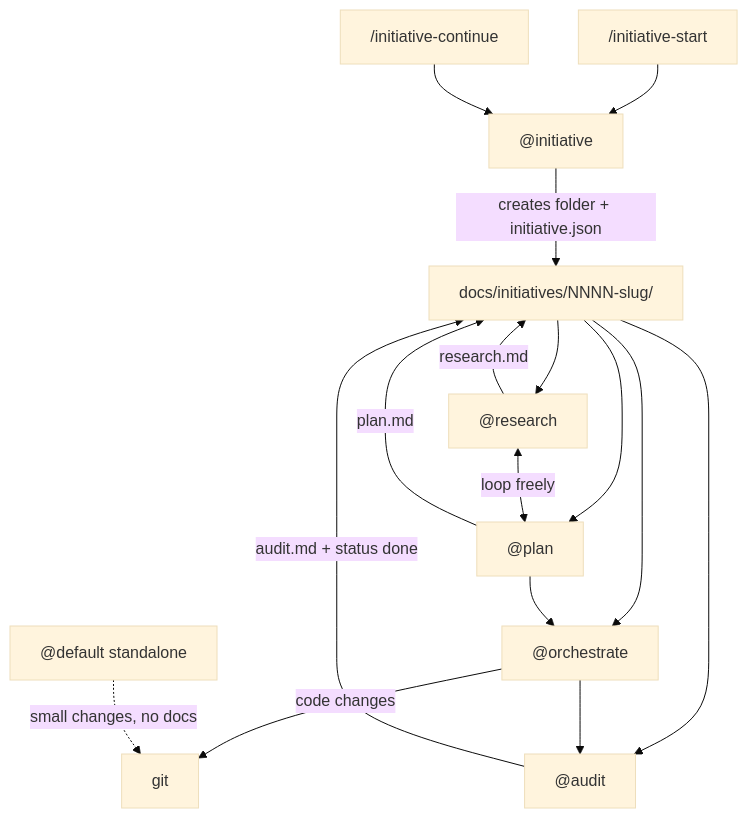
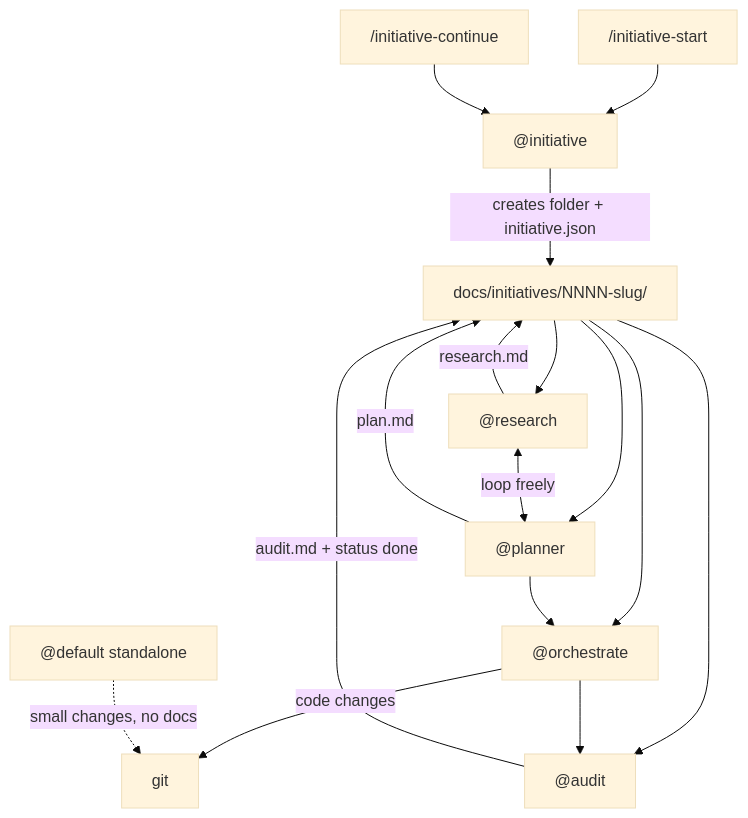
Before and after one commit to gdurandvadas/dotfiles: the diagram in apps/opencode/personal/README.md, drawn with Mermaid (base theme). The commit also changed other lines of this file and 8 other files, not shown here.

````diff
--- a/apps/opencode/personal/README.md
+++ b/apps/opencode/personal/README.md
@@ -31,22 +31,22 @@
 ```mermaid
 flowchart TD
   start["/initiative-start"] --> driver["@initiative"]
   cont["/initiative-continue"] --> driver
   driver -->|"creates folder + initiative.json"| folder["docs/initiatives/NNNN-slug/"]
 
   folder --> research["@research"]
-  folder --> plan["@plan"]
+  folder --> planner["@planner"]
   folder --> orch["@orchestrate"]
   folder --> audit["@audit"]
 
   research -->|"research.md"| folder
-  plan -->|"plan.md"| folder
+  planner -->|"plan.md"| folder
   orch -->|"code changes"| git["git"]
   audit -->|"audit.md + status done"| folder
 
-  research <-->|"loop freely"| plan
-  plan --> orch
+  research <-->|"loop freely"| planner
+  planner --> orch
   orch --> audit
 
   default["@default standalone"] -.->|"small changes, no docs"| git
 ```
````
